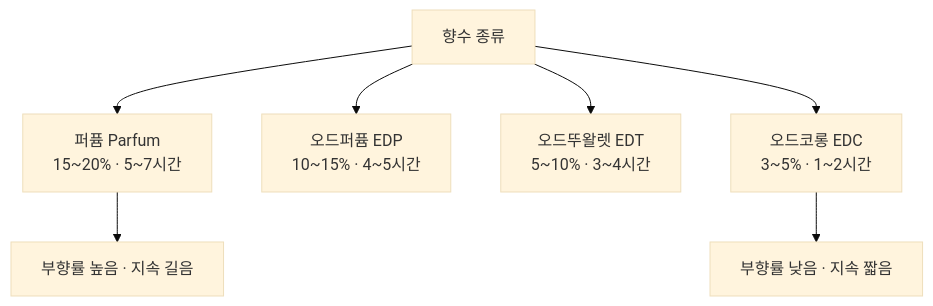
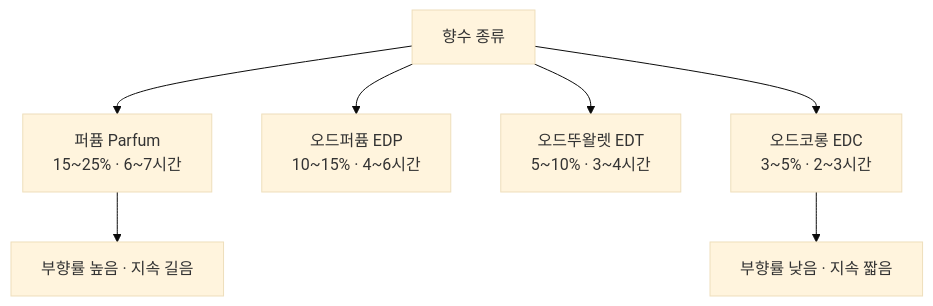
The eighth of 9 diagrams in content/참조자료/과목2/2과목_Ch01_원료_핵심암기.md (skygoldlee-cyber/Personalized_Skincare), drawn with Mermaid (base theme) before and after one commit. The commit also changed other lines of this file and 9 other files, not shown here.

````diff
--- a/content/참조자료/과목2/2과목_Ch01_원료_핵심암기.md
+++ b/content/참조자료/과목2/2과목_Ch01_원료_핵심암기.md
@@ -372,9 +372,9 @@
 ```mermaid
 flowchart TD
-  A[향수 종류] --> B["퍼퓸 Parfum<br/>15~20% · 5~7시간"]
-  A --> C["오드퍼퓸 EDP<br/>10~15% · 4~5시간"]
+  A[향수 종류] --> B["퍼퓸 Parfum<br/>15~25% · 6~7시간"]
+  A --> C["오드퍼퓸 EDP<br/>10~15% · 4~6시간"]
   A --> D["오드뚜왈렛 EDT<br/>5~10% · 3~4시간"]
-  A --> E["오드코롱 EDC<br/>3~5% · 1~2시간"]
+  A --> E["오드코롱 EDC<br/>3~5% · 2~3시간"]
   B --> F[부향률 높음 · 지속 길음]
   E --> G[부향률 낮음 · 지속 짧음]
 ```
````
